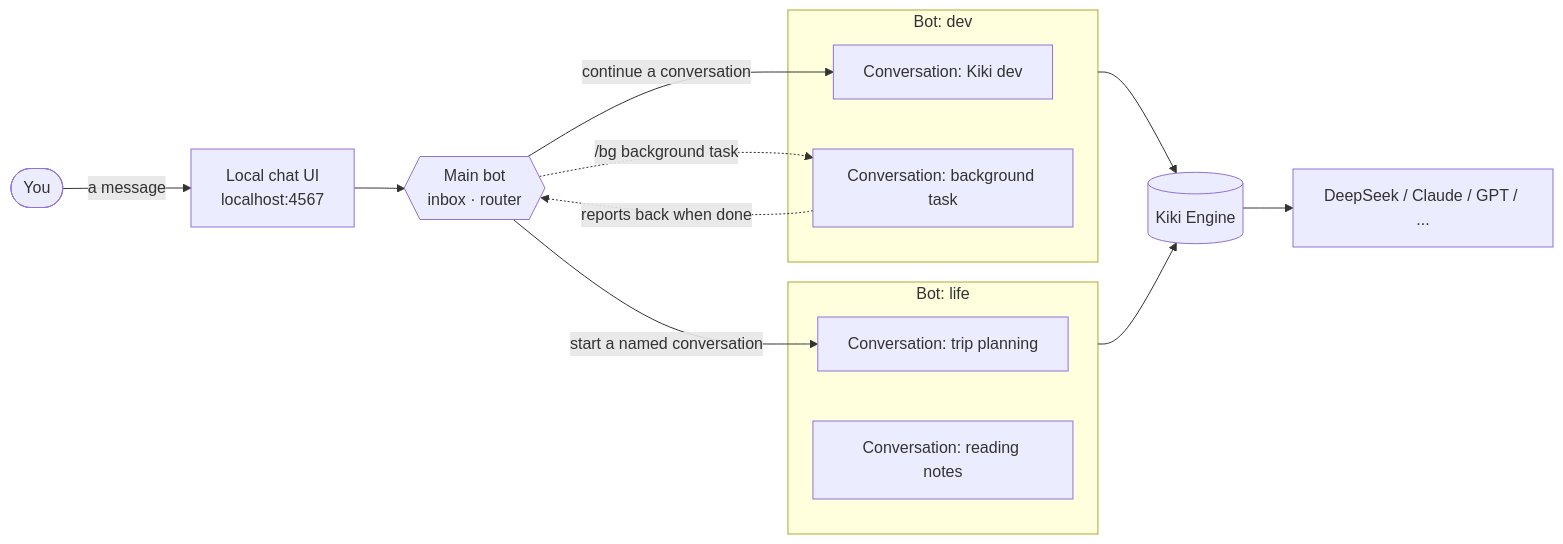
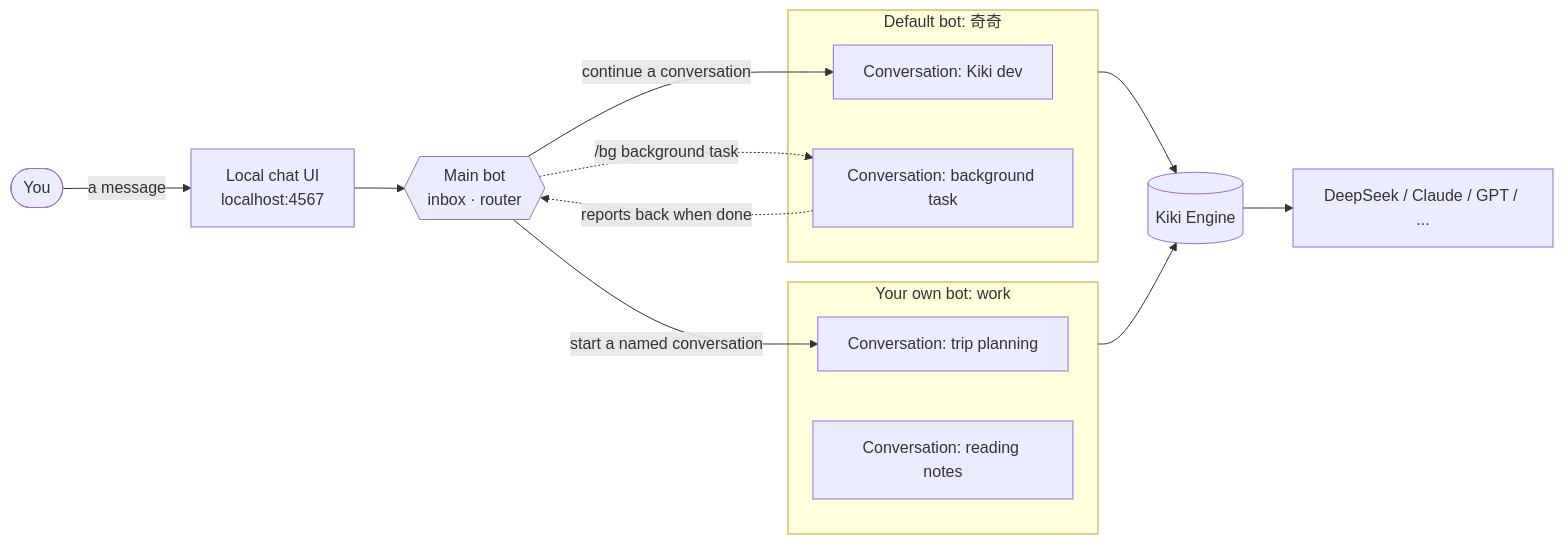
The diagram in README.en.md (lkyxuan/kiki), drawn with Mermaid before and after one commit. The commit also changed other lines of this file and 14 other files, not shown here.

Commit message:
Keep Qiqi as the only default bot; archive dev/life; release v0.2.7 (#25)

````diff
--- a/README.en.md
+++ b/README.en.md
@@ -59,21 +59,21 @@
 ```mermaid
 flowchart LR
     U([You]) -->|a message| W[Local chat UI<br/>localhost:4567]
     W --> M{{Main bot<br/>inbox · router}}
     M -->|continue a conversation| S1
     M -->|start a named conversation| S3
     M -.->|/bg background task| S2
 
-    subgraph DEV[Bot: dev]
+    subgraph DEV[Default bot: 奇奇]
         S1[Conversation: Kiki dev]
         S2[Conversation: background task]
     end
-    subgraph LIFE[Bot: life]
+    subgraph LIFE[Your own bot: work]
         S3[Conversation: trip planning]
         S4[Conversation: reading notes]
     end
 
     DEV & LIFE --> PI[(Kiki Engine)]
     PI --> LLM[DeepSeek / Claude / GPT / ...]
     S2 -.->|reports back when done| M
 ```
````
